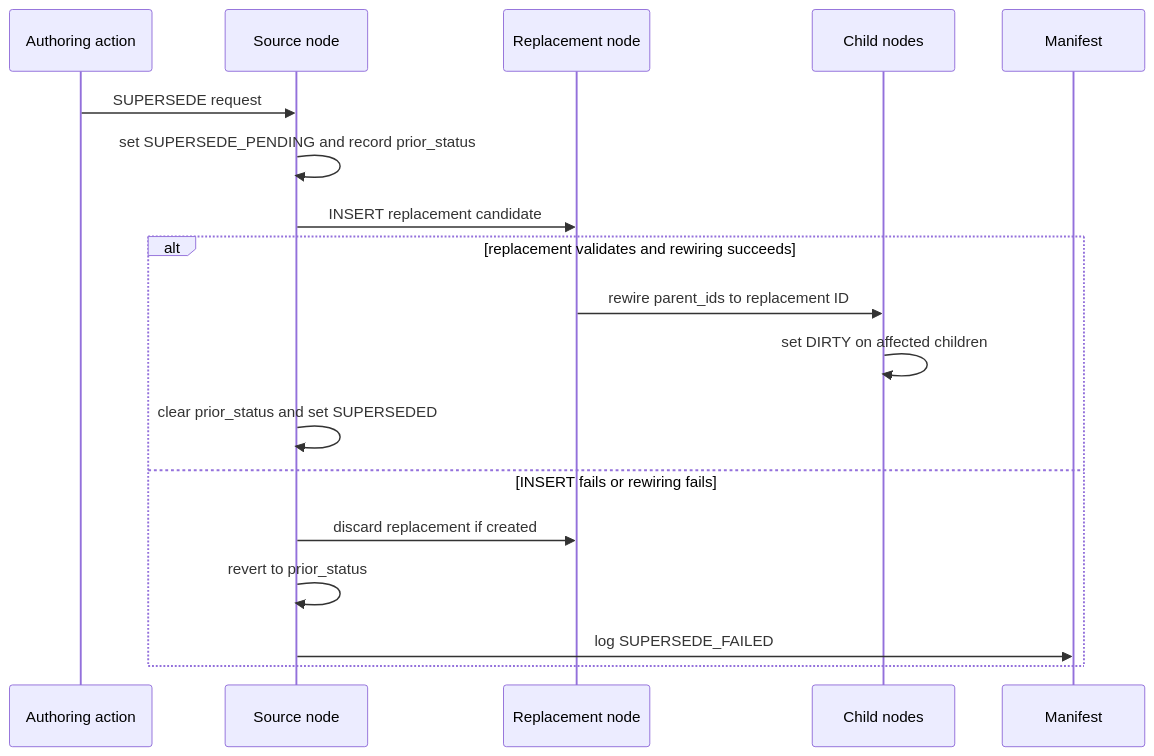
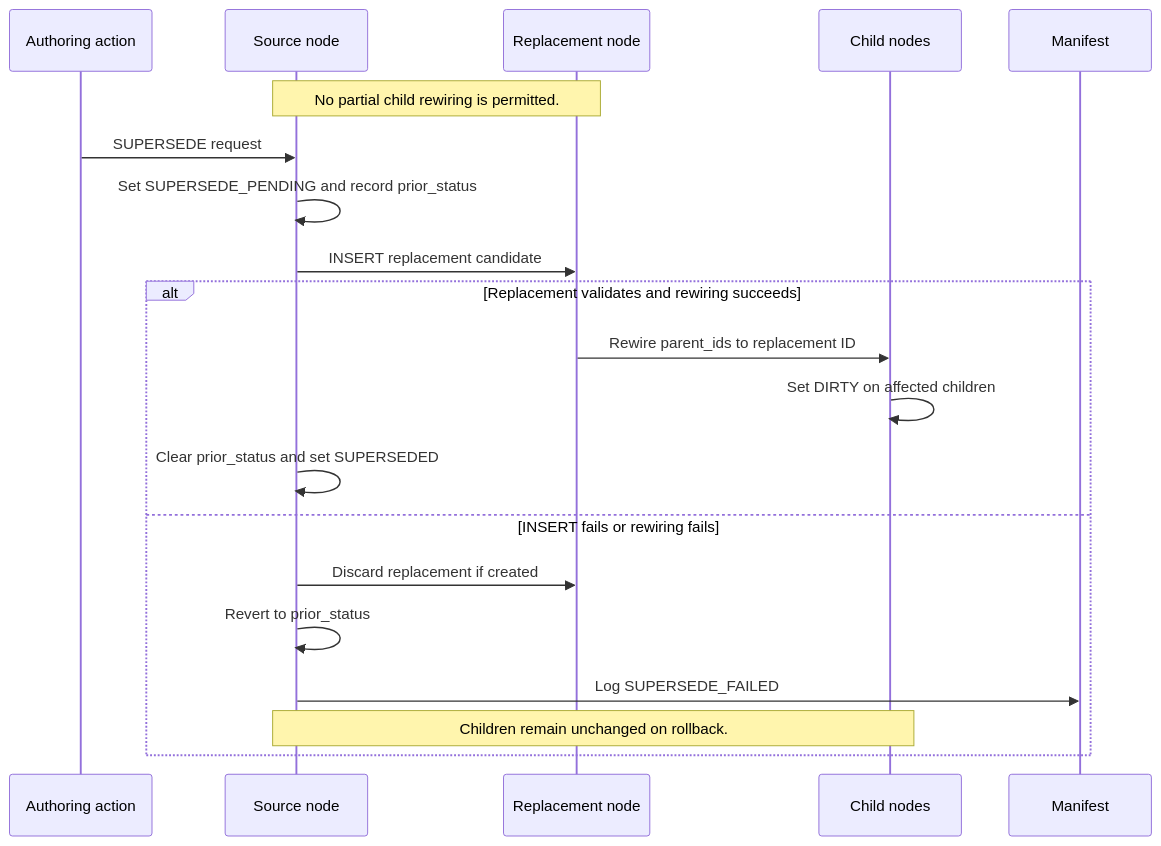
One commit to formosa/Antigravity changed diagram 16 of 28 in .agent/assets/proposals/active/v6.3/ddr_ref_manual_v6.3.md. Above: the diagram before and after it, drawn with Mermaid. The commit also changed other lines of this file, not shown here.

````diff
--- a/.agent/assets/proposals/active/v6.3/ddr_ref_manual_v6.3.md
+++ b/.agent/assets/proposals/active/v6.3/ddr_ref_manual_v6.3.md
@@ -1290,21 +1330,25 @@
 ```mermaid
 sequenceDiagram
+    accTitle: SUPERSEDE transaction with commit and rollback
+    accDescr: Shows the transactional SUPERSEDE sequence, including replacement insertion, child rewiring, DIRTY marking, rollback, and the rule that partial rewiring is forbidden.
     participant A as Authoring action
     participant S as Source node
     participant R as Replacement node
     participant C as Child nodes
     participant M as Manifest
 
+    Note over S,R: No partial child rewiring is permitted.
     A->>S: SUPERSEDE request
-    S->>S: set SUPERSEDE_PENDING and record prior_status
+    S->>S: Set SUPERSEDE_PENDING and record prior_status
     S->>R: INSERT replacement candidate
-    alt replacement validates and rewiring succeeds
-        R->>C: rewire parent_ids to replacement ID
-        C->>C: set DIRTY on affected children
-        S->>S: clear prior_status and set SUPERSEDED
+    alt Replacement validates and rewiring succeeds
+        R->>C: Rewire parent_ids to replacement ID
+        C->>C: Set DIRTY on affected children
+        S->>S: Clear prior_status and set SUPERSEDED
     else INSERT fails or rewiring fails
-        S->>R: discard replacement if created
-        S->>S: revert to prior_status
-        S->>M: log SUPERSEDE_FAILED
+        S->>R: Discard replacement if created
+        S->>S: Revert to prior_status
+        S->>M: Log SUPERSEDE_FAILED
+        Note over S,C: Children remain unchanged on rollback.
     end
 ```
````
